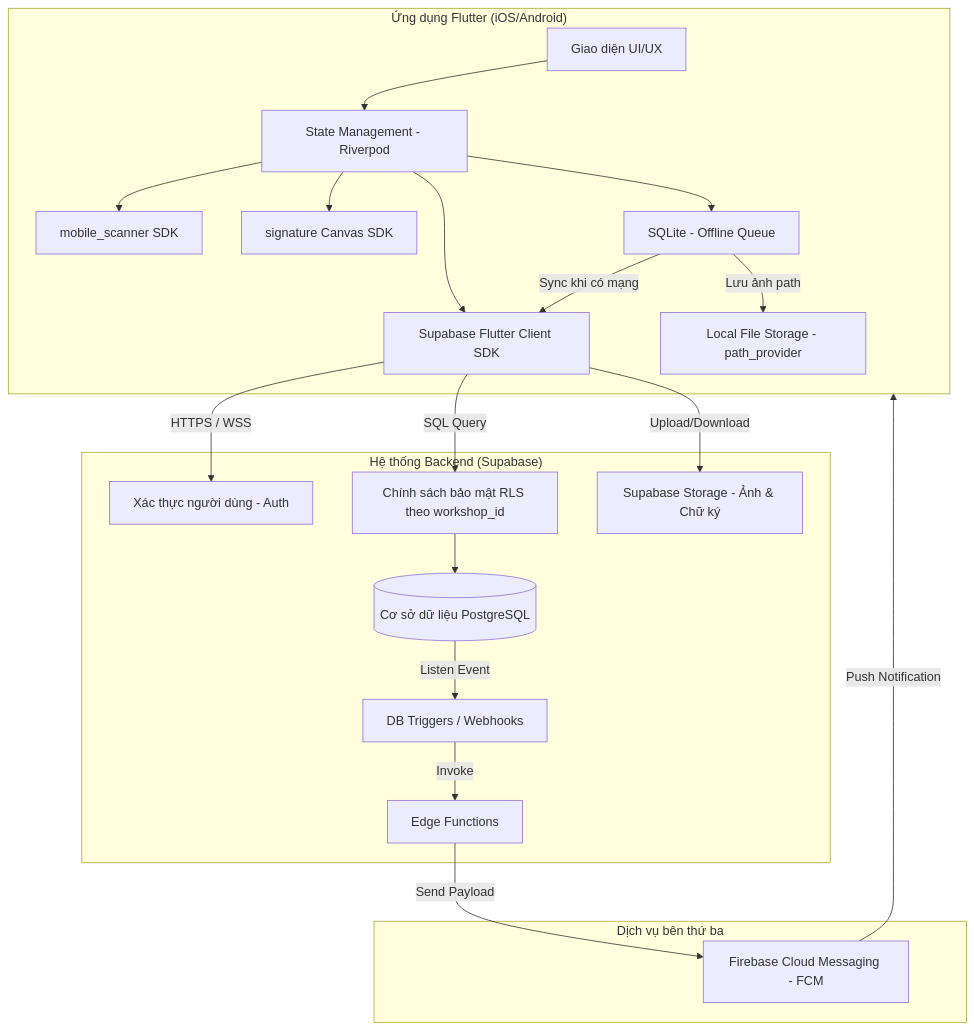
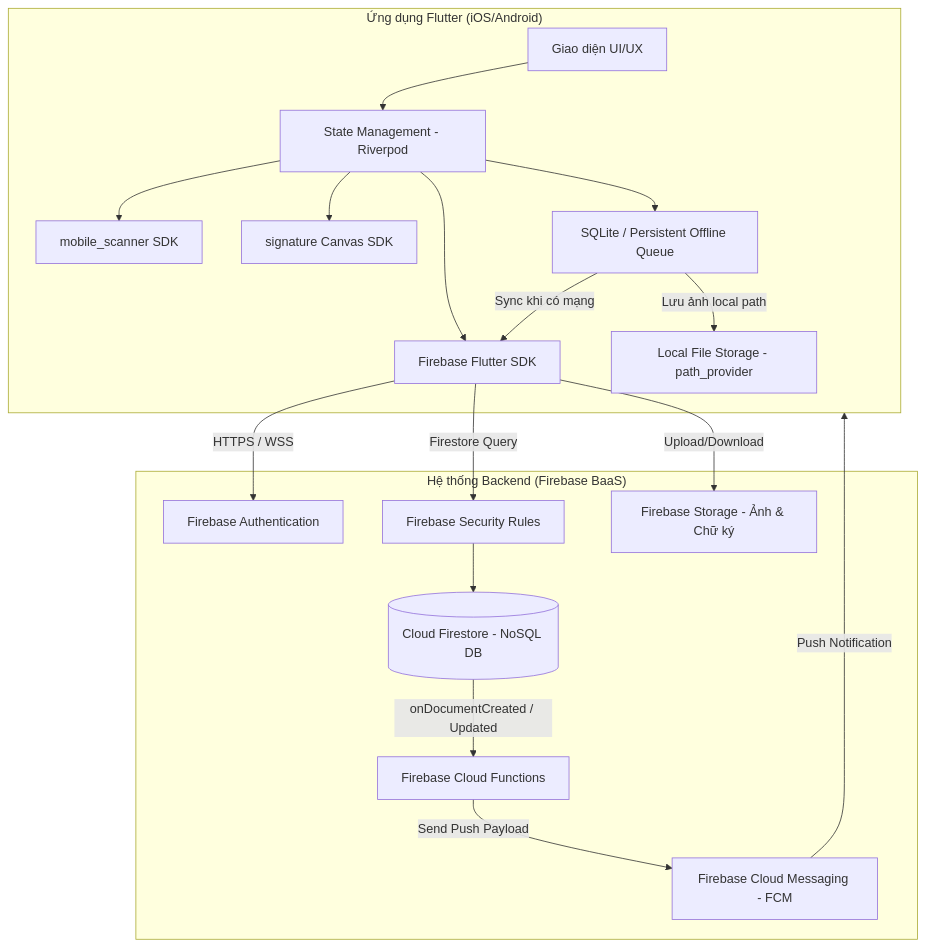
One commit to pvduy23052005/cse441-mobile-asset-track changed diagram 11 of 12 in system_design.md. Above: the diagram before and after it, drawn with Mermaid. The commit also changed other lines of this file and 4 other files, not shown here.

Commit message:
feat: update Firebase SAD architecture, Firestore NoSQL data model, and flexible PM UI

````diff
--- a/system_design.md
+++ b/system_design.md
@@ -455,43 +455,38 @@
 ```mermaid
 graph TD
     subgraph Client_App ["Ứng dụng Flutter (iOS/Android)"]
         UI[Giao diện UI/UX]
         Riverpod[State Management - Riverpod]
         Scanner[mobile_scanner SDK]
         SigCanvas[signature Canvas SDK]
-        ClientSDK[Supabase Flutter Client SDK]
-        SQLiteQ[SQLite - Offline Queue]
+        FirebaseSDK[Firebase Flutter SDK]
+        SQLiteQ[SQLite / Persistent Offline Queue]
         LocalFS[Local File Storage - path_provider]
     end
 
-    subgraph Supabase_BaaS ["Hệ thống Backend (Supabase)"]
-        Auth[Xác thực người dùng - Auth]
-        DB[(Cơ sở dữ liệu PostgreSQL)]
-        RLS[Chính sách bảo mật RLS theo workshop_id]
-        Storage[Supabase Storage - Ảnh & Chữ ký]
-        Triggers[DB Triggers / Webhooks]
-        EdgeFunc[Edge Functions]
-    end
-
-    subgraph External_Services ["Dịch vụ bên thứ ba"]
+    subgraph Firebase_BaaS ["Hệ thống Backend (Firebase BaaS)"]
+        Auth[Firebase Authentication]
+        Firestore[(Cloud Firestore - NoSQL DB)]
+        Rules[Firebase Security Rules]
+        Storage[Firebase Storage - Ảnh & Chữ ký]
+        Functions[Firebase Cloud Functions]
         FCM[Firebase Cloud Messaging - FCM]
     end
 
     UI --> Riverpod
     Riverpod --> Scanner
     Riverpod --> SigCanvas
-    Riverpod --> ClientSDK
+    Riverpod --> FirebaseSDK
     Riverpod --> SQLiteQ
-    SQLiteQ -->|Lưu ảnh path| LocalFS
-    SQLiteQ -->|Sync khi có mạng| ClientSDK
+    SQLiteQ -->|Lưu ảnh local path| LocalFS
+    SQLiteQ -->|Sync khi có mạng| FirebaseSDK
 
-    ClientSDK -->|HTTPS / WSS| Auth
-    ClientSDK -->|SQL Query| RLS
-    RLS --> DB
-    ClientSDK -->|Upload/Download| Storage
+    FirebaseSDK -->|HTTPS / WSS| Auth
+    FirebaseSDK -->|Firestore Query| Rules
+    Rules --> Firestore
+    FirebaseSDK -->|Upload/Download| Storage
 
-    DB -->|Listen Event| Triggers
-    Triggers -->|Invoke| EdgeFunc
-    EdgeFunc -->|Send Payload| FCM
+    Firestore -->|onDocumentCreated / Updated| Functions
+    Functions -->|Send Push Payload| FCM
     FCM -->|Push Notification| Client_App
 ```
````
